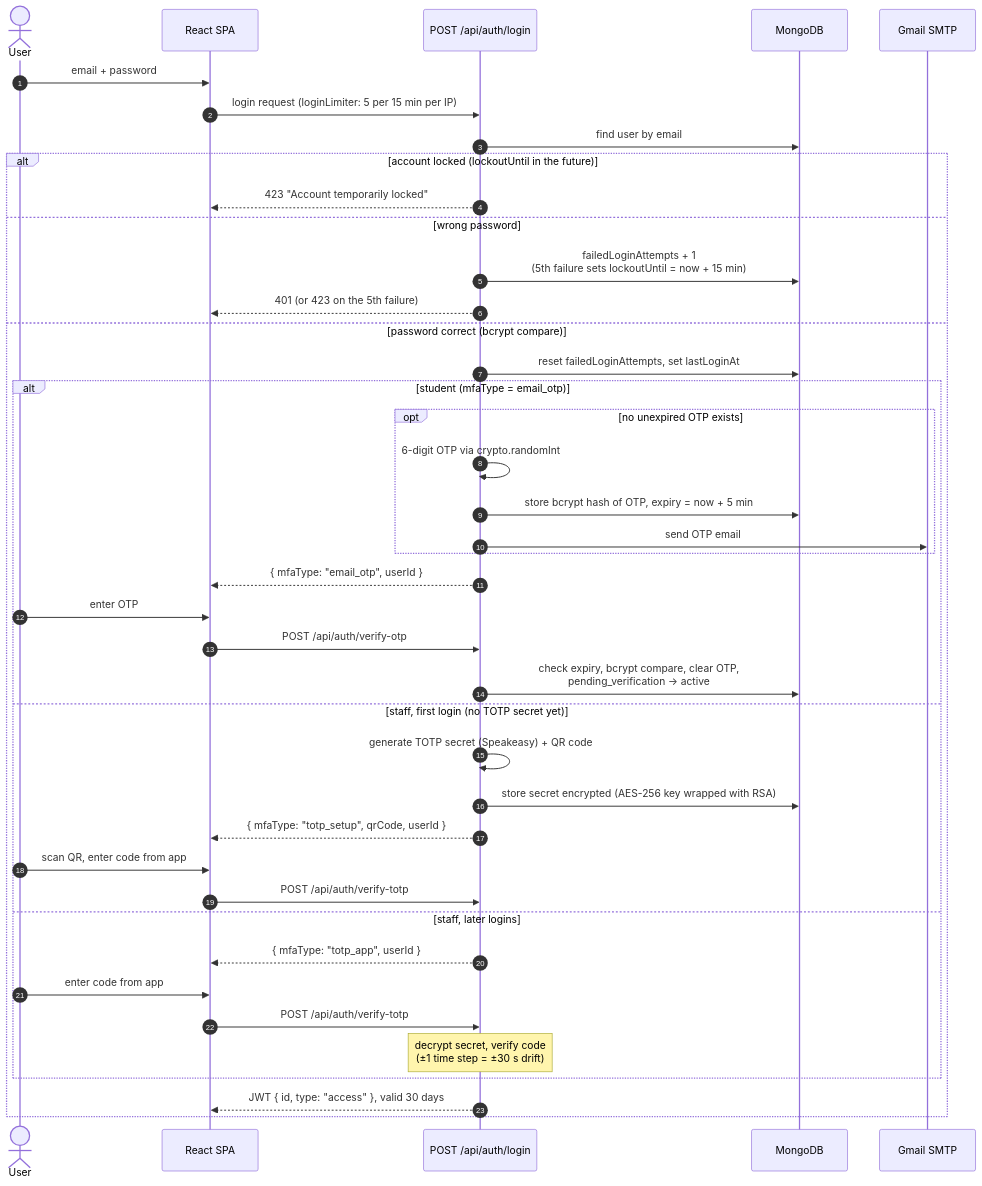
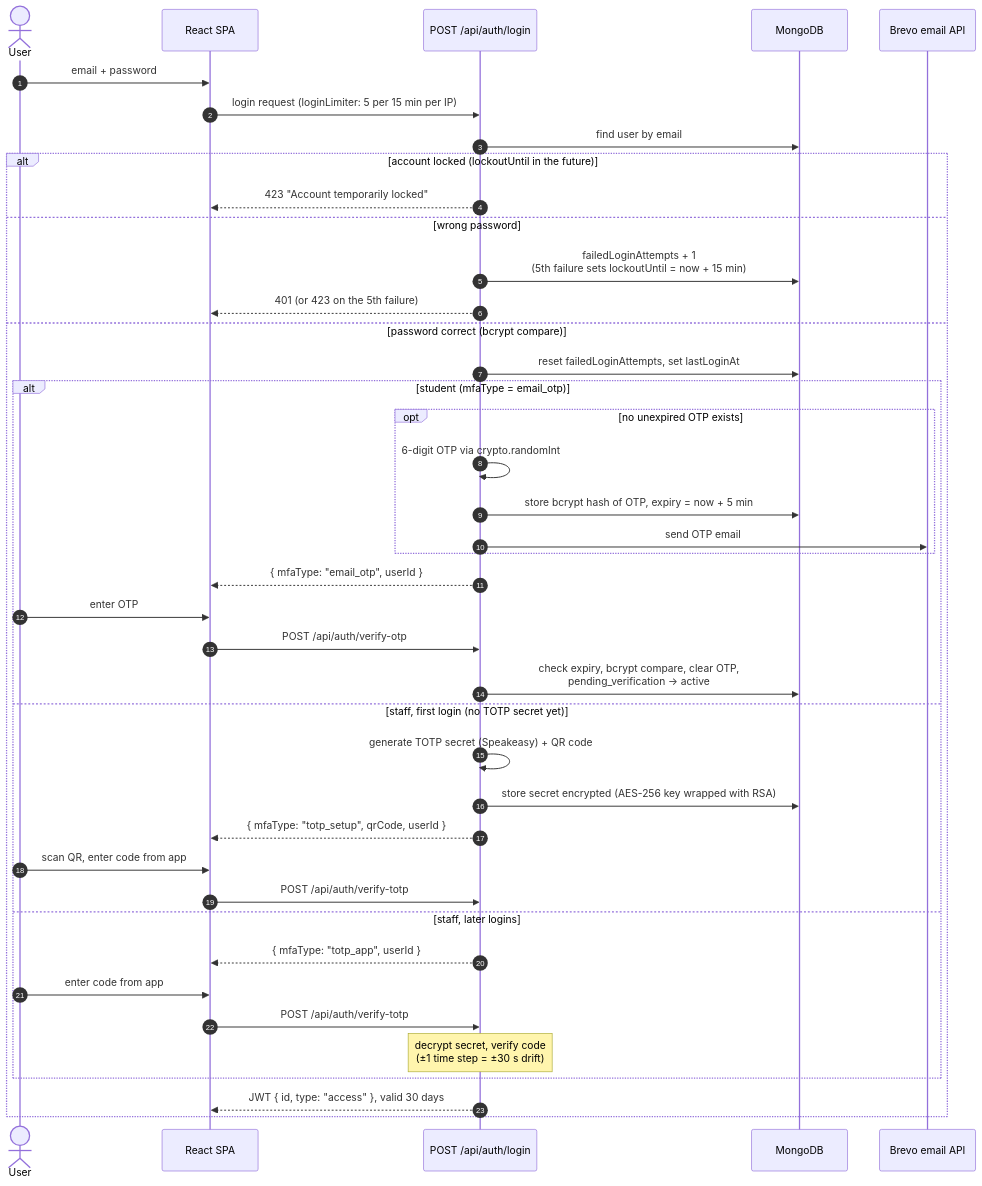
The third of 10 diagrams in docs/ARCHITECTURE.md (USER1043/ScholarshipSystem-Backend), drawn with Mermaid before and after one commit. The commit also changed other lines of this file and 4 other files, not shown here.

First line of the commit message:
feat: send email through the Brevo API and patch vulnerable dependencies

````diff
--- a/docs/ARCHITECTURE.md
+++ b/docs/ARCHITECTURE.md
@@ -112,44 +112,44 @@
 ```mermaid
 sequenceDiagram
     autonumber
     actor U as User
     participant SPA as React SPA
     participant API as POST /api/auth/login
     participant DB as MongoDB
-    participant Mail as Gmail SMTP
+    participant Mail as Brevo email API
 
     U->>SPA: email + password
     SPA->>API: login request (loginLimiter: 5 per 15 min per IP)
     API->>DB: find user by email
     alt account locked (lockoutUntil in the future)
         API-->>SPA: 423 "Account temporarily locked"
     else wrong password
         API->>DB: failedLoginAttempts + 1<br/>(5th failure sets lockoutUntil = now + 15 min)
         API-->>SPA: 401 (or 423 on the 5th failure)
     else password correct (bcrypt compare)
         API->>DB: reset failedLoginAttempts, set lastLoginAt
         alt student (mfaType = email_otp)
             opt no unexpired OTP exists
                 API->>API: 6-digit OTP via crypto.randomInt
                 API->>DB: store bcrypt hash of OTP, expiry = now + 5 min
                 API->>Mail: send OTP email
             end
             API-->>SPA: { mfaType: "email_otp", userId }
             U->>SPA: enter OTP
             SPA->>API: POST /api/auth/verify-otp
             API->>DB: check expiry, bcrypt compare, clear OTP,<br/>pending_verification → active
         else staff, first login (no TOTP secret yet)
             API->>API: generate TOTP secret (Speakeasy) + QR code
             API->>DB: store secret encrypted (AES-256 key wrapped with RSA)
             API-->>SPA: { mfaType: "totp_setup", qrCode, userId }
             U->>SPA: scan QR, enter code from app
             SPA->>API: POST /api/auth/verify-totp
         else staff, later logins
             API-->>SPA: { mfaType: "totp_app", userId }
             U->>SPA: enter code from app
             SPA->>API: POST /api/auth/verify-totp
             Note over API: decrypt secret, verify code<br/>(±1 time step = ±30 s drift)
         end
         API-->>SPA: JWT { id, type: "access" }, valid 30 days
     end
 ```
````
